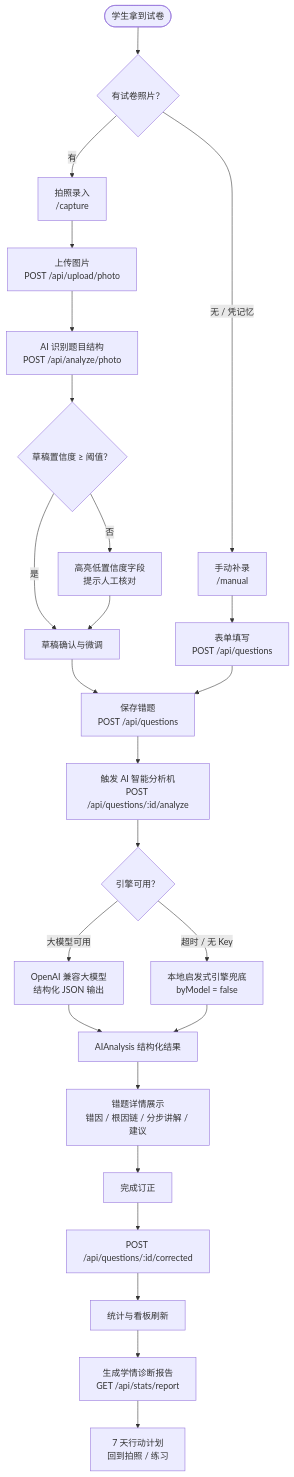
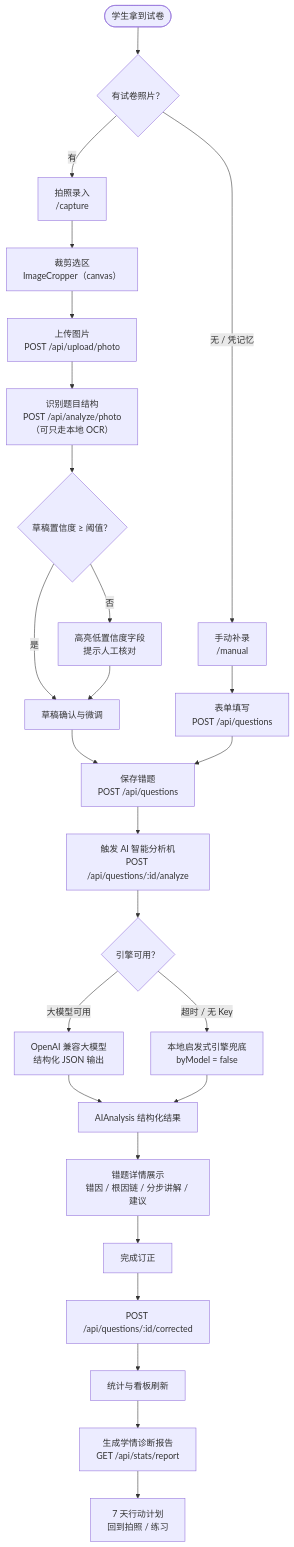
Before and after one commit to zhangdubin/Logbook: the second of 9 diagrams in docs/02-功能架构与信息架构.md, drawn with Mermaid. The commit also changed other lines of this file and 9 other files, not shown here.

````diff
--- a/docs/02-功能架构与信息架构.md
+++ b/docs/02-功能架构与信息架构.md
@@ -141,31 +141,32 @@
 ```mermaid
 flowchart TD
     START(["学生拿到试卷"]) --> CHOICE{"有试卷照片？"}
     CHOICE -->|"有"| CAP["拍照录入<br/>/capture"]
     CHOICE -->|"无 / 凭记忆"| MAN["手动补录<br/>/manual"]
 
-    CAP --> UP["上传图片<br/>POST /api/upload/photo"]
-    UP --> REC["AI 识别题目结构<br/>POST /api/analyze/photo"]
+    CAP --> CROP["裁剪选区<br/>ImageCropper（canvas）"]
+    CROP --> UP["上传图片<br/>POST /api/upload/photo"]
+    UP --> REC["识别题目结构<br/>POST /api/analyze/photo<br/>（可只走本地 OCR）"]
     REC --> DRAFT{"草稿置信度 ≥ 阈值？"}
     DRAFT -->|"否"| WARN["高亮低置信度字段<br/>提示人工核对"]
     DRAFT -->|"是"| EDIT["草稿确认与微调"]
     WARN --> EDIT
 
     MAN --> FORM["表单填写<br/>POST /api/questions"]
     EDIT --> SAVE["保存错题<br/>POST /api/questions"]
     FORM --> SAVE
 
     SAVE --> ANA["触发 AI 智能分析机<br/>POST /api/questions/:id/analyze"]
     ANA --> ENGINE{"引擎可用？"}
     ENGINE -->|"大模型可用"| LLM["OpenAI 兼容大模型<br/>结构化 JSON 输出"]
     ENGINE -->|"超时 / 无 Key"| HEUR["本地启发式引擎兜底<br/>byModel = false"]
     LLM --> ANALYSIS["AIAnalysis 结构化结果"]
     HEUR --> ANALYSIS
 
     ANALYSIS --> DETAIL["错题详情展示<br/>错因 / 根因链 / 分步讲解 / 建议"]
     DETAIL --> FIX["完成订正"]
     FIX --> MARK["POST /api/questions/:id/corrected"]
     MARK --> STAT["统计与看板刷新"]
     STAT --> REPORT["生成学情诊断报告<br/>GET /api/stats/report"]
     REPORT --> NEXT["7 天行动计划<br/>回到拍照 / 练习"]
 ```
````
